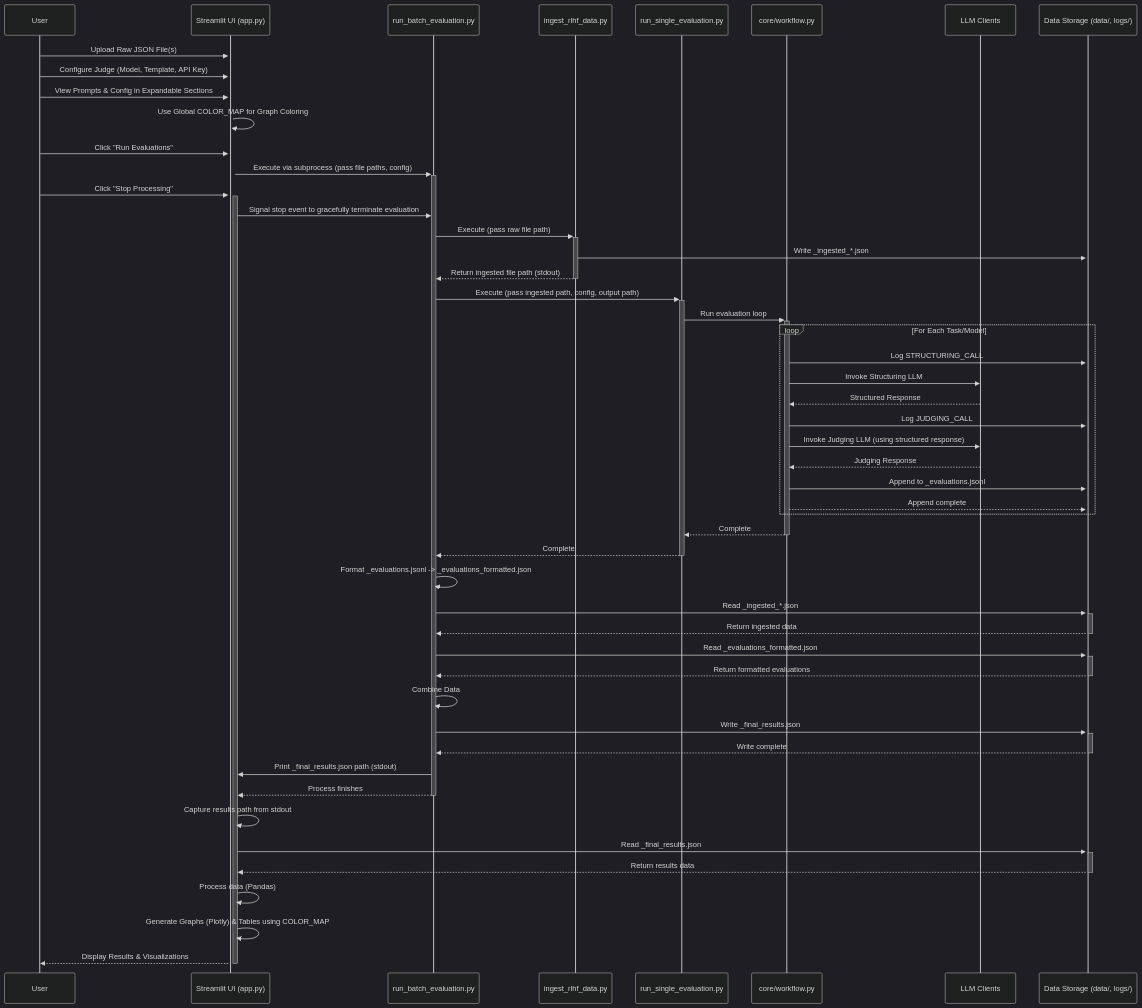
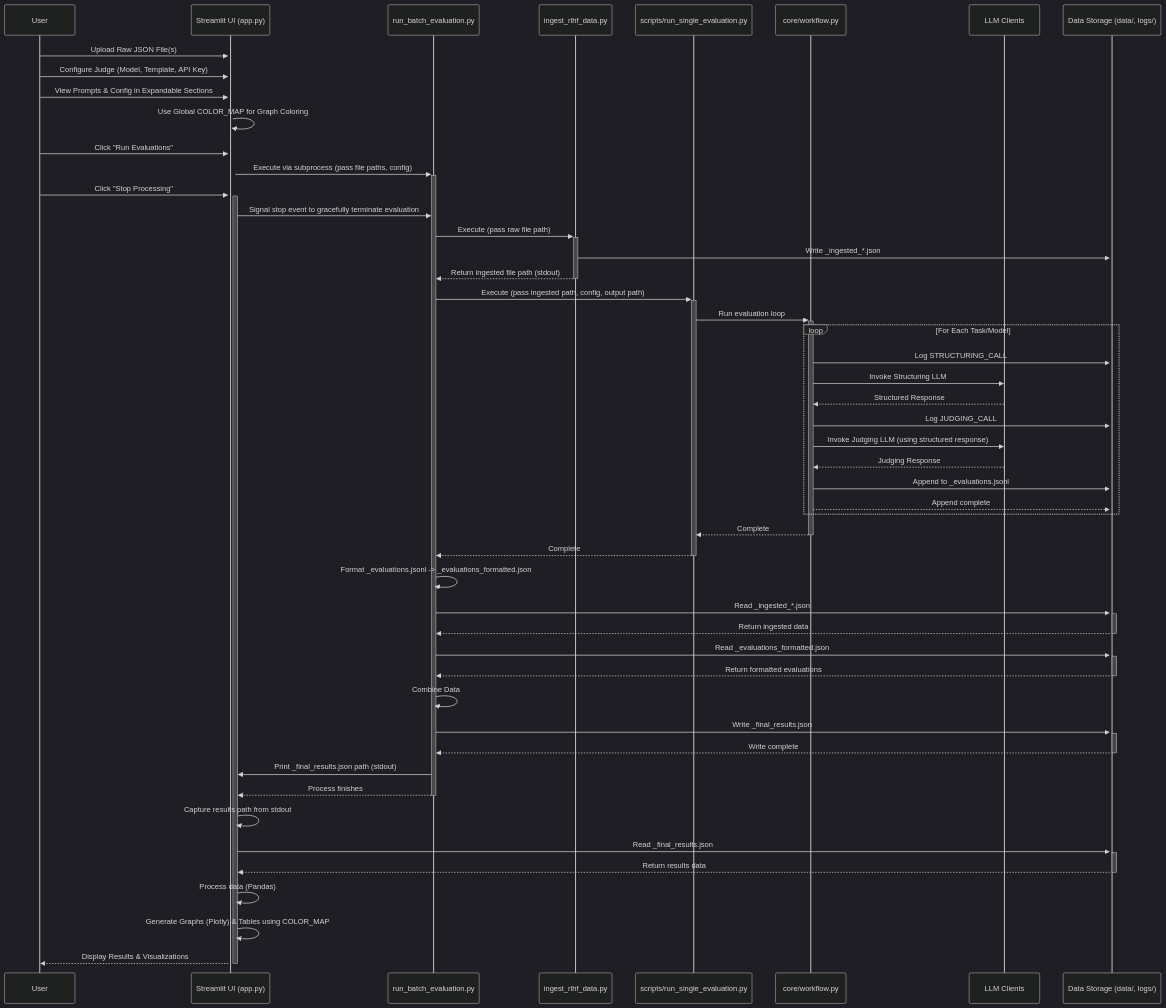
One commit to Mathews-Tom/CogniBench changed the second of 2 diagrams in docs/overview.md. Above: the diagram before and after it, drawn with Mermaid (dark theme). The commit also changed other lines of this file and 3 other files, not shown here.

First line of the commit message:
refactor: Move run_single_evaluation.py to scripts/ and update references

````diff
--- a/docs/overview.md
+++ b/docs/overview.md
@@ -98,60 +98,60 @@
 ```mermaid
 sequenceDiagram
     participant User
     participant UI as Streamlit UI (app.py)
     participant BatchScript as run_batch_evaluation.py
     participant IngestScript as ingest_rlhf_data.py
-    participant EvalScript as run_single_evaluation.py
+    participant EvalScript as scripts/run_single_evaluation.py
     participant CoreWorkflow as core/workflow.py
     participant LLMClient as LLM Clients
     participant DataStore as Data Storage (data/, logs/)
 
     User->>+UI: Upload Raw JSON File(s)
     User->>UI: Configure Judge (Model, Template, API Key)
     User->>UI: View Prompts & Config in Expandable Sections
     UI->>UI: Use Global COLOR_MAP for Graph Coloring
     User->>+UI: Click "Run Evaluations"
     UI->>+BatchScript: Execute via subprocess (pass file paths, config)
     User->>+UI: Click "Stop Processing"
     UI->>BatchScript: Signal stop event to gracefully terminate evaluation
 
     BatchScript->>+IngestScript: Execute (pass raw file path)
     IngestScript->>+DataStore: Write _ingested_*.json
     IngestScript-->>-BatchScript: Return ingested file path (stdout)
 
     BatchScript->>+EvalScript: Execute (pass ingested path, config, output path)
     EvalScript->>+CoreWorkflow: Run evaluation loop
 
     loop For Each Task/Model
         CoreWorkflow->>DataStore: Log STRUCTURING_CALL
         CoreWorkflow->>LLMClient: Invoke Structuring LLM
         LLMClient-->>CoreWorkflow: Structured Response
         CoreWorkflow->>DataStore: Log JUDGING_CALL
         CoreWorkflow->>LLMClient: Invoke Judging LLM (using structured response)
         LLMClient-->>CoreWorkflow: Judging Response
         CoreWorkflow->>DataStore: Append to _evaluations.jsonl
         CoreWorkflow-->>DataStore: Append complete
     end
 
     CoreWorkflow-->>-EvalScript: Complete
     EvalScript-->>-BatchScript: Complete
 
     BatchScript->>BatchScript: Format _evaluations.jsonl -> _evaluations_formatted.json
     BatchScript->>+DataStore: Read _ingested_*.json
     DataStore-->>-BatchScript: Return ingested data
     BatchScript->>+DataStore: Read _evaluations_formatted.json
     DataStore-->>-BatchScript: Return formatted evaluations
     BatchScript->>BatchScript: Combine Data
     BatchScript->>+DataStore: Write _final_results.json
     DataStore-->>-BatchScript: Write complete
 
     BatchScript->>UI: Print _final_results.json path (stdout)
     BatchScript-->>-UI: Process finishes
     UI->>UI: Capture results path from stdout
 
     UI->>+DataStore: Read _final_results.json
     DataStore-->>-UI: Return results data
     UI->>UI: Process data (Pandas)
     UI->>UI: Generate Graphs (Plotly) & Tables using COLOR_MAP
     UI-->>-User: Display Results & Visualizations
 ```
````
